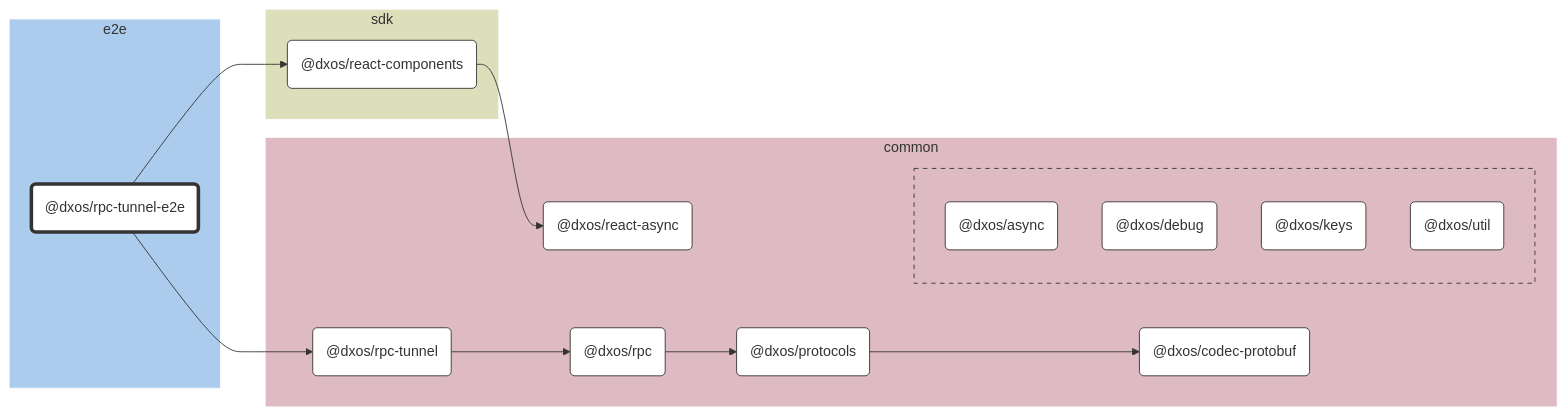
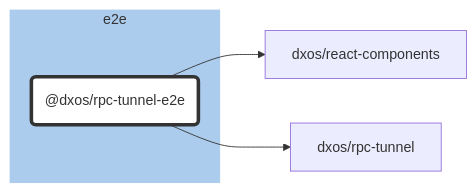
One commit to dxos/dxos changed the diagram in e2e/rpc-tunnel/docs/README.md. Above: the diagram before and after it, drawn with Mermaid. The commit also changed 87 other files, not shown here.

````diff
--- a/e2e/rpc-tunnel/docs/README.md
+++ b/e2e/rpc-tunnel/docs/README.md
@@ -7,76 +7,22 @@
 ```mermaid
 %%{ init: {'flowchart':{'curve':'basis'}} }%%
 
 flowchart LR
 
-%% Links
-dxos/protocols --> dxos/codec-protobuf;
-dxos/react-components --> dxos/react-async;
-dxos/rpc --> dxos/protocols;
-dxos/rpc-tunnel --> dxos/rpc;
-dxos/rpc-tunnel-e2e --> dxos/react-components;
-dxos/rpc-tunnel-e2e --> dxos/rpc-tunnel;
+%% Classes
+classDef def fill:#fff,stroke:#333,stroke-width:1px
+classDef root fill:#fff,stroke:#333,stroke-width:4px
 
-%% Sections
-subgraph e2e
-  style e2e fill:#abcced,stroke:#fff;
+%% Nodes
 
-  dxos/rpc-tunnel-e2e("@dxos/rpc-tunnel-e2e")
+subgraph e2e [e2e]
+  style e2e fill:#abcced,stroke:#fff
+  dxos/rpc-tunnel-e2e("@dxos/rpc-tunnel-e2e"):::root
+  click dxos/rpc-tunnel-e2e "dxos/dxos/tree/main/e2e/rpc-tunnel/docs"
 end
 
-subgraph common
-  style common fill:#debac2,stroke:#fff;
-
-  dxos/codec-protobuf("@dxos/codec-protobuf")
-  dxos/protocols("@dxos/protocols")
-  dxos/react-async("@dxos/react-async")
-  dxos/rpc("@dxos/rpc")
-  dxos/rpc-tunnel("@dxos/rpc-tunnel")
-
-  subgraph common-excluded [ ]
-    style common-excluded fill:#debac2,stroke:#333,stroke-dasharray:5 5;
-
-    dxos/async("@dxos/async")
-    dxos/debug("@dxos/debug")
-    dxos/keys("@dxos/keys")
-    dxos/util("@dxos/util")
-  end
-end
-
-subgraph sdk
-  style sdk fill:#dddeba,stroke:#fff;
-
-  dxos/react-components("@dxos/react-components")
-end
-
-
-%% Hyperlinks
-click dxos/async "dxos/dxos/tree/main/packages/common/async/docs";
-click dxos/codec-protobuf "dxos/dxos/tree/main/packages/common/codec-protobuf/docs";
-click dxos/debug "dxos/dxos/tree/main/packages/common/debug/docs";
-click dxos/keys "dxos/dxos/tree/main/packages/common/keys/docs";
-click dxos/protocols "dxos/dxos/tree/main/packages/common/protocols/docs";
-click dxos/react-async "dxos/dxos/tree/main/packages/common/react-async/docs";
-click dxos/react-components "dxos/dxos/tree/main/packages/sdk/react-components/docs";
-click dxos/rpc "dxos/dxos/tree/main/packages/common/rpc/docs";
-click dxos/rpc-tunnel "dxos/dxos/tree/main/packages/common/rpc-tunnel/docs";
-click dxos/util "dxos/dxos/tree/main/packages/common/util/docs";
-
-%% Styles
-classDef rootNode fill:#fff,stroke:#333,stroke-width:4px
-classDef defaultNode fill:#fff,stroke:#333,stroke-width:1px
+%% Links
 linkStyle default stroke:#333,stroke-width:1px
-
-dxos/rpc-tunnel-e2e:::rootNode
-
-dxos/async:::defaultNode
-dxos/codec-protobuf:::defaultNode
-dxos/debug:::defaultNode
-dxos/keys:::defaultNode
-dxos/protocols:::defaultNode
-dxos/react-async:::defaultNode
-dxos/react-components:::defaultNode
-dxos/rpc:::defaultNode
-dxos/rpc-tunnel:::defaultNode
-dxos/util:::defaultNode
+dxos/rpc-tunnel-e2e --> dxos/react-components
+dxos/rpc-tunnel-e2e --> dxos/rpc-tunnel
 ```
````
